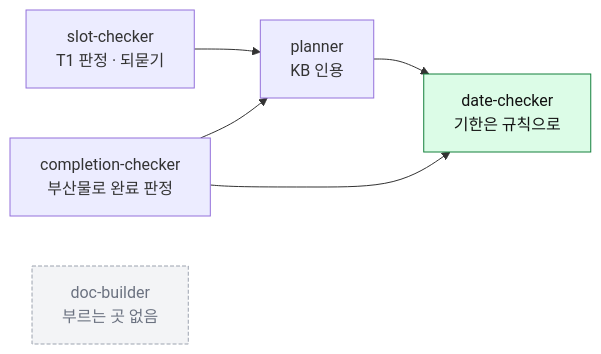
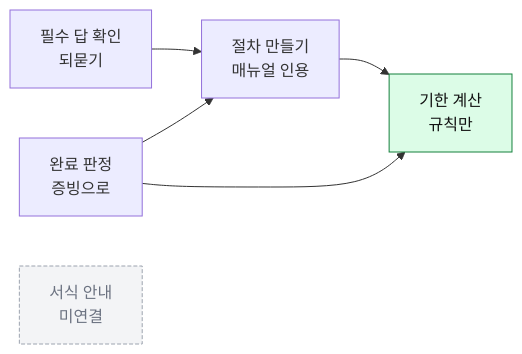
Before and after one commit to Dojaegyum/fsec-ai-challenge: the fifth of 10 diagrams in ARCHITECTURE.md, drawn with Mermaid. The commit also changed other lines of this file, not shown here.

First line of the commit message:
ARCHITECTURE.md 그림에서 코드 이름을 빼고 하는 일을 한글로 적는다 — 상자 한 줄은 한글 10자·영문 10자 안으로, 모듈 이름은 그림 아래 표로, 머리말·「이 문서의 자리」·설명조 문장은 없앤다

````diff
--- a/ARCHITECTURE.md
+++ b/ARCHITECTURE.md
@@ -239,11 +217,11 @@
 ```mermaid
 flowchart LR
-    SC["slot-checker<br/>T1 판정 · 되묻기"] --> PL["planner<br/>KB 인용"]
-    PL --> DC["date-checker<br/>기한은 규칙으로"]
-    COMP["completion-checker<br/>부산물로 완료 판정"] --> DC
+    SC["필수 답 확인<br/>되묻기"] --> PL["절차 만들기<br/>매뉴얼 인용"]
+    PL --> DC["기한 계산<br/>규칙만"]
+    COMP["완료 판정<br/>증빙으로"] --> DC
     COMP --> PL
-    DOC["doc-builder<br/>부르는 곳 없음"]
+    DOC["서식 안내<br/>미연결"]
 
     style DC fill:#dcfce7,stroke:#15803d,color:#111
     style DOC fill:#f3f4f6,stroke:#9ca3af,color:#6b7280,stroke-dasharray: 4 2
 ```
````
